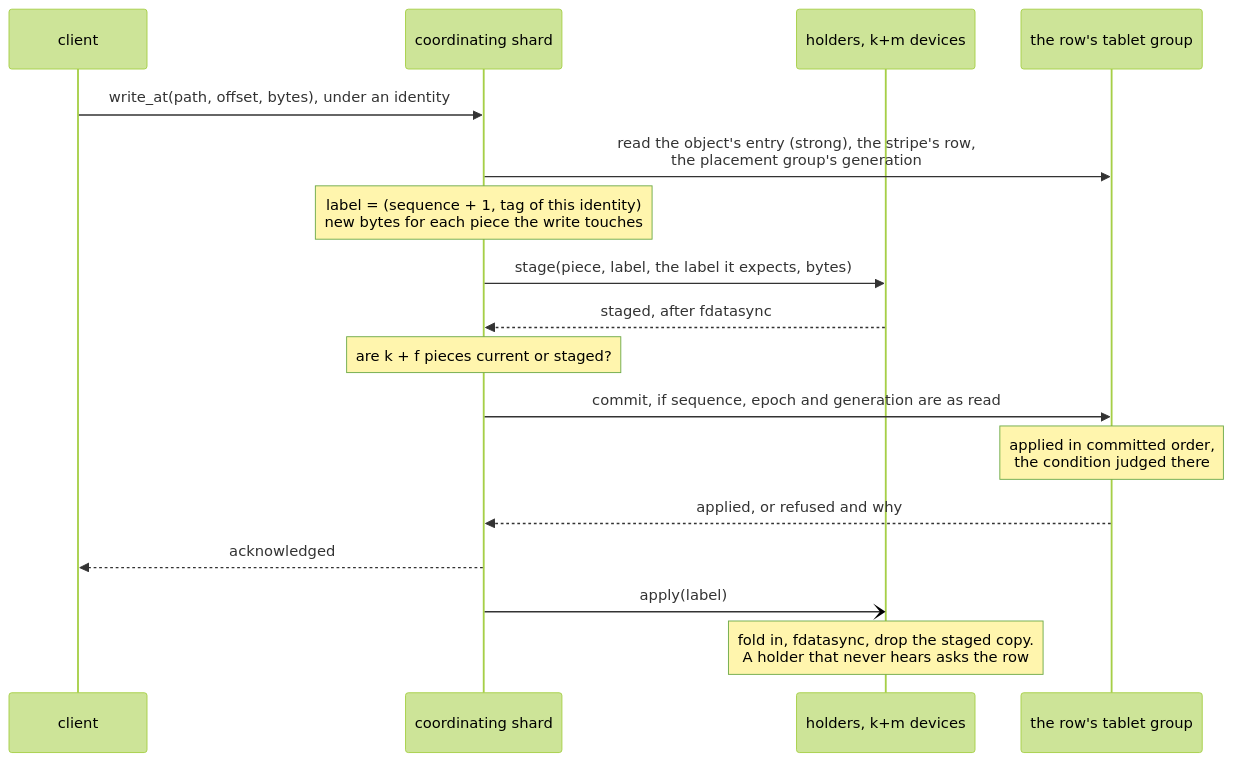
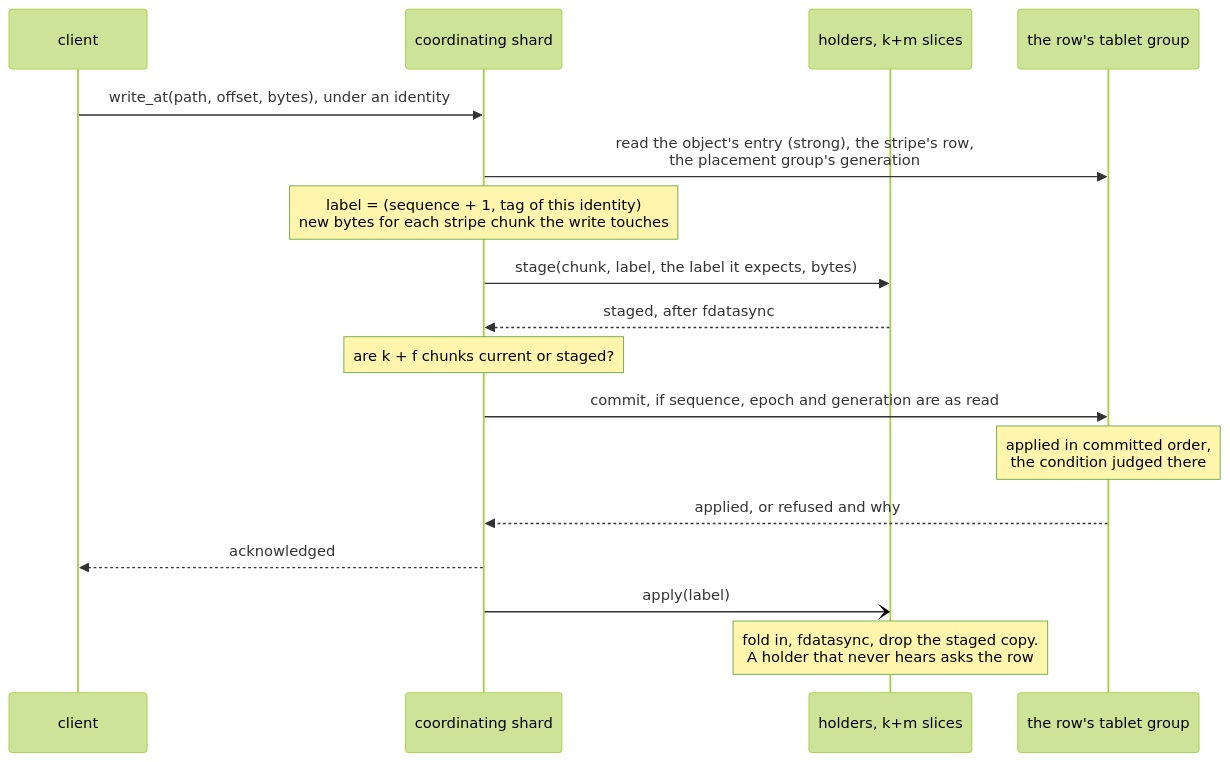
The diagram in docs/src/object-storage/write-path.md (mjcarson/shoal), drawn with Mermaid (forest theme) before and after one commit. The commit also changed other lines of this file and 78 other files, not shown here.

````diff
--- a/docs/src/object-storage/write-path.md
+++ b/docs/src/object-storage/write-path.md
@@ -87,19 +87,19 @@
 ```mermaid
 sequenceDiagram
     participant C as client
     participant N as coordinating shard
-    participant H as holders, k+m devices
+    participant H as holders, k+m slices
     participant G as the row's tablet group
     C->>N: write_at(path, offset, bytes), under an identity
     N->>G: read the object's entry (strong), the stripe's row,<br/>the placement group's generation
-    Note over N: label = (sequence + 1, tag of this identity)<br/>new bytes for each piece the write touches
-    N->>H: stage(piece, label, the label it expects, bytes)
+    Note over N: label = (sequence + 1, tag of this identity)<br/>new bytes for each stripe chunk the write touches
+    N->>H: stage(chunk, label, the label it expects, bytes)
     H-->>N: staged, after fdatasync
-    Note over N: are k + f pieces current or staged?
+    Note over N: are k + f chunks current or staged?
     N->>G: commit, if sequence, epoch and generation are as read
     Note over G: applied in committed order,<br/>the condition judged there
     G-->>N: applied, or refused and why
     N-->>C: acknowledged
     N-)H: apply(label)
     Note over H: fold in, fdatasync, drop the staged copy.<br/>A holder that never hears asks the row
 ```
````
